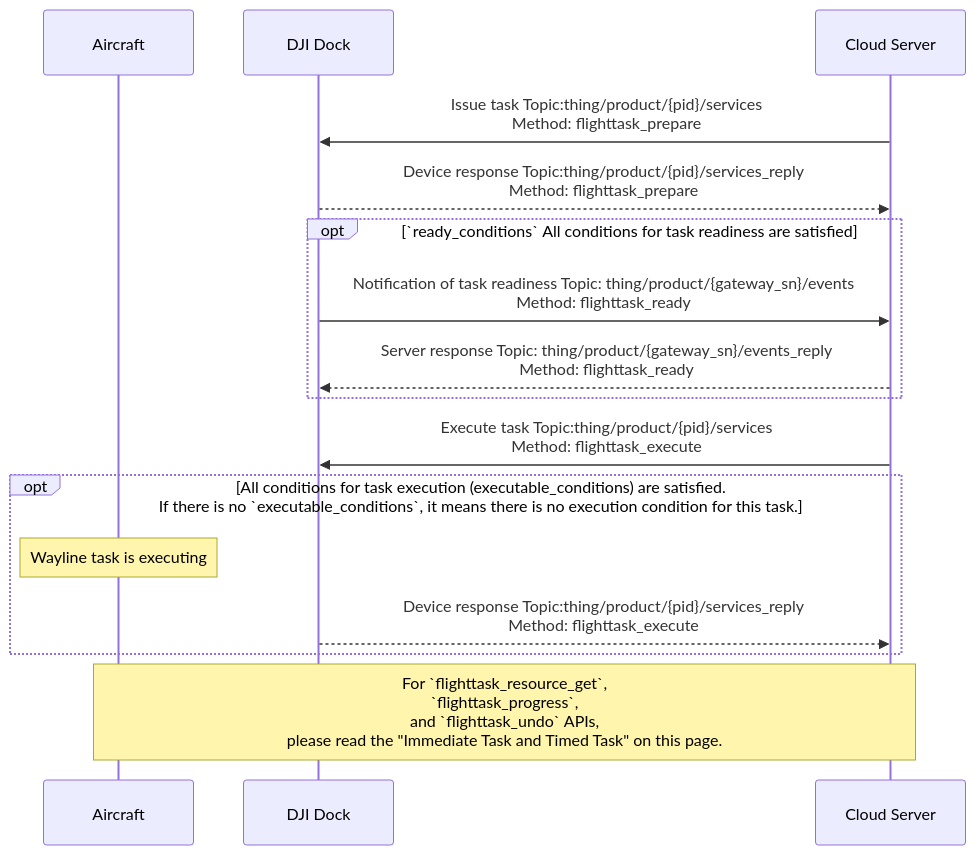
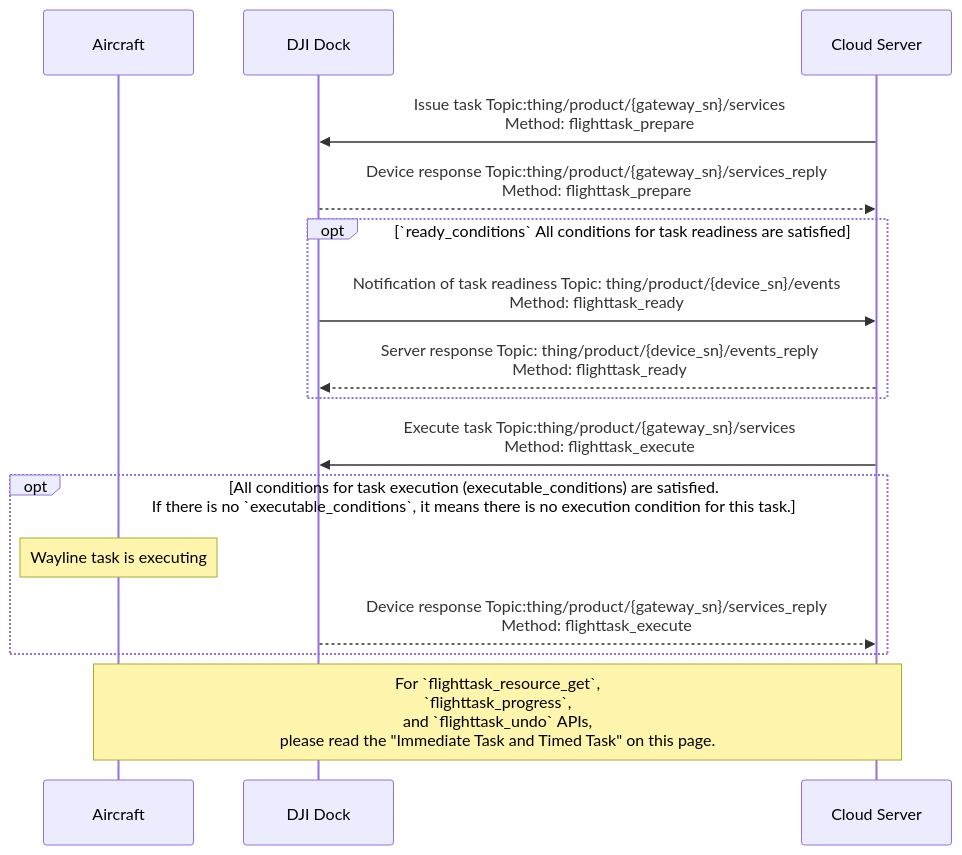
Before and after one commit to dji-sdk/Cloud-API-Doc: the second of 2 diagrams in docs/en/30.feature-set/20.dock-feature-set/50.dock-wayline-management.md, drawn with Mermaid. The commit also changed other lines of this file and 41 other files, not shown here.

````diff
--- a/docs/en/30.feature-set/20.dock-feature-set/50.dock-wayline-management.md
+++ b/docs/en/30.feature-set/20.dock-feature-set/50.dock-wayline-management.md
@@ -60,24 +60,24 @@
 ```mermaid
 sequenceDiagram
 
 participant object as Aircraft
 participant client as DJI Dock
 participant server as Cloud Server
 
-server ->> client: Issue task Topic:thing/product/{pid}/services<br/>Method: flighttask_prepare
-client -->> server: Device response Topic:thing/product/{pid}/services_reply<br/>Method: flighttask_prepare
+server ->> client: Issue task Topic:thing/product/{gateway_sn}/services<br/>Method: flighttask_prepare
+client -->> server: Device response Topic:thing/product/{gateway_sn}/services_reply<br/>Method: flighttask_prepare
 
 opt `ready_conditions` All conditions for task readiness are satisfied
-client ->> server: Notification of task readiness Topic: thing/product/{gateway_sn}/events<br/>Method: flighttask_ready
-server -->> client: Server response Topic: thing/product/{gateway_sn}/events_reply<br/>Method: flighttask_ready
+client ->> server: Notification of task readiness Topic: thing/product/{device_sn}/events<br/>Method: flighttask_ready
+server -->> client: Server response Topic: thing/product/{device_sn}/events_reply<br/>Method: flighttask_ready
 end
 
-server ->> client: Execute task Topic:thing/product/{pid}/services<br/>Method: flighttask_execute
+server ->> client: Execute task Topic:thing/product/{gateway_sn}/services<br/>Method: flighttask_execute
 opt All conditions for task execution (executable_conditions) are satisfied. <br/> If there is no `executable_conditions`, it means there is no execution condition for this task.
 note over object: Wayline task is executing
-client -->> server: Device response Topic:thing/product/{pid}/services_reply<br/>Method: flighttask_execute
+client -->> server: Device response Topic:thing/product/{gateway_sn}/services_reply<br/>Method: flighttask_execute
 end
 
 note over object, server: For `flighttask_resource_get`,<br/>`flighttask_progress`,<br/> and `flighttask_undo` APIs,<br/> please read the "Immediate Task and Timed Task" on this page.
 
 ```
````
